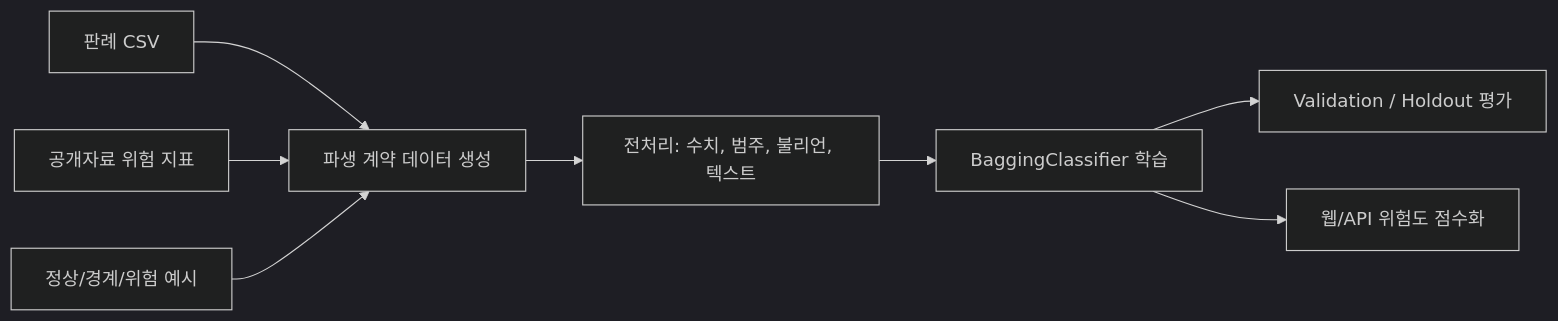
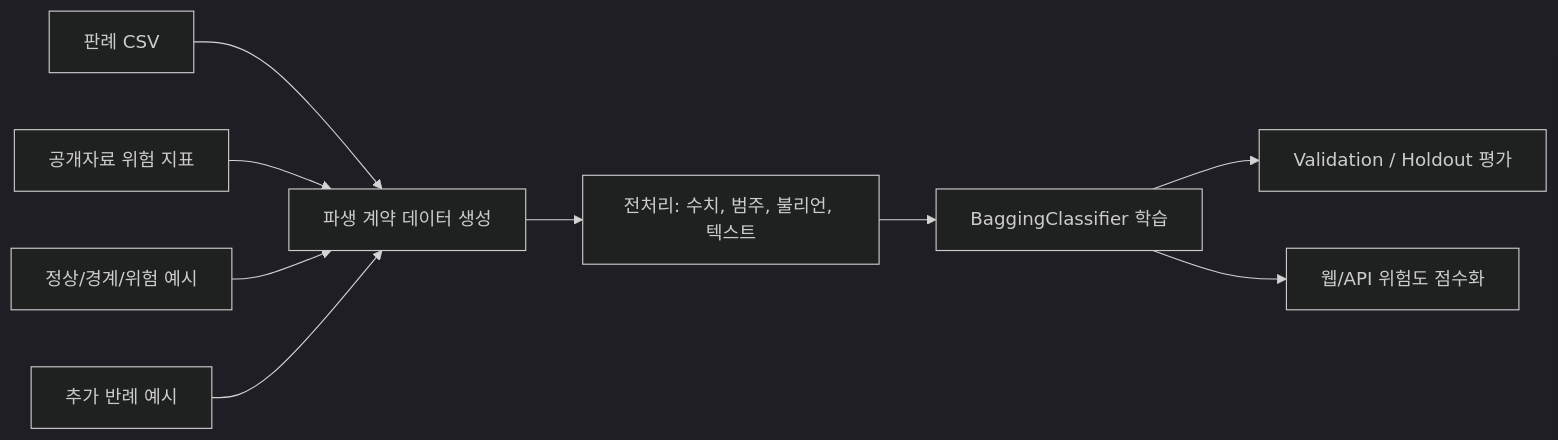
Before and after one commit to bssm-oss/legallearn: the diagram in README.md, drawn with Mermaid (dark theme). The commit also changed other lines of this file and 16 other files, not shown here.

````diff
--- a/README.md
+++ b/README.md
@@ -159,10 +160,11 @@
 ```mermaid
 flowchart LR
   A["판례 CSV"] --> D["파생 계약 데이터 생성"]
   B["공개자료 위험 지표"] --> D
   C["정상/경계/위험 예시"] --> D
+  I["추가 반례 예시"] --> D
   D --> E["전처리: 수치, 범주, 불리언, 텍스트"]
   E --> F["BaggingClassifier 학습"]
   F --> G["Validation / Holdout 평가"]
   F --> H["웹/API 위험도 점수화"]
 ```
````
